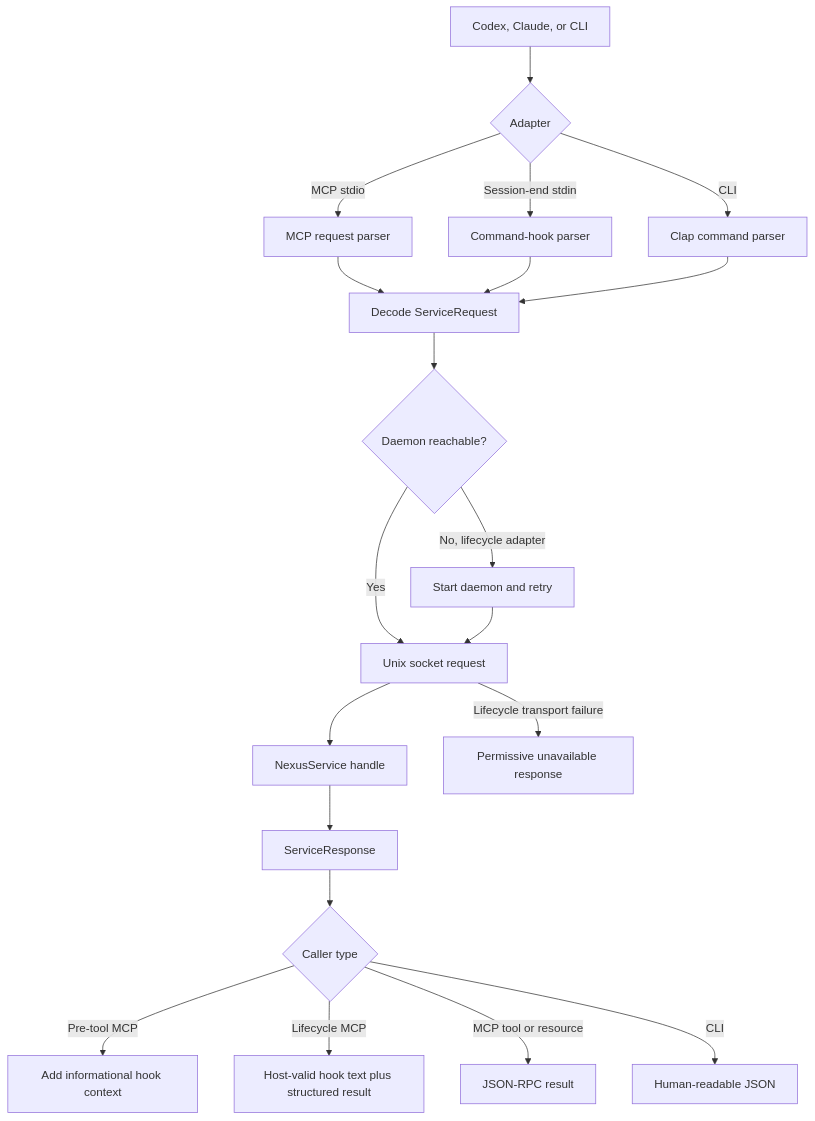
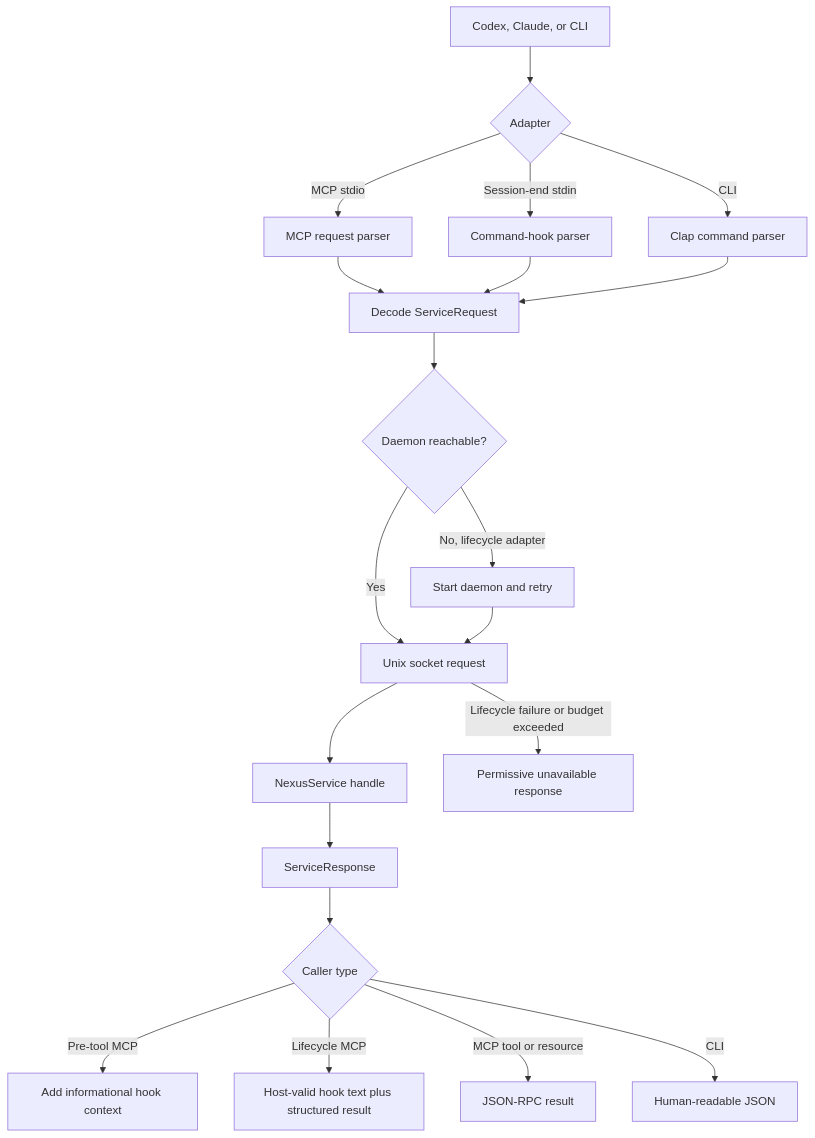
Before and after one commit to warrenronsiek/nexus: the diagram in docs/features/runtime.md, drawn with Mermaid. The commit also changed other lines of this file and 8 other files, not shown here.

````diff
--- a/docs/features/runtime.md
+++ b/docs/features/runtime.md
@@ -17,22 +17,22 @@
 ```mermaid
 flowchart TD
     A[Codex, Claude, or CLI] --> B{Adapter}
     B -->|MCP stdio| C[MCP request parser]
     B -->|Session-end stdin| P[Command-hook parser]
     B -->|CLI| D[Clap command parser]
     C --> E[Decode ServiceRequest]
     P --> E
     D --> E
     E --> F{Daemon reachable?}
     F -->|No, lifecycle adapter| G[Start daemon and retry]
     F -->|Yes| H[Unix socket request]
     G --> H
     H --> I[NexusService handle]
     I --> J[ServiceResponse]
     J --> K{Caller type}
     K -->|Pre-tool MCP| L[Add informational hook context]
     K -->|Lifecycle MCP| M[Host-valid hook text plus structured result]
     K -->|MCP tool or resource| N[JSON-RPC result]
     K -->|CLI| O[Human-readable JSON]
-    H -->|Lifecycle transport failure| Q[Permissive unavailable response]
+    H -->|Lifecycle failure or budget exceeded| Q[Permissive unavailable response]
 ```
````
